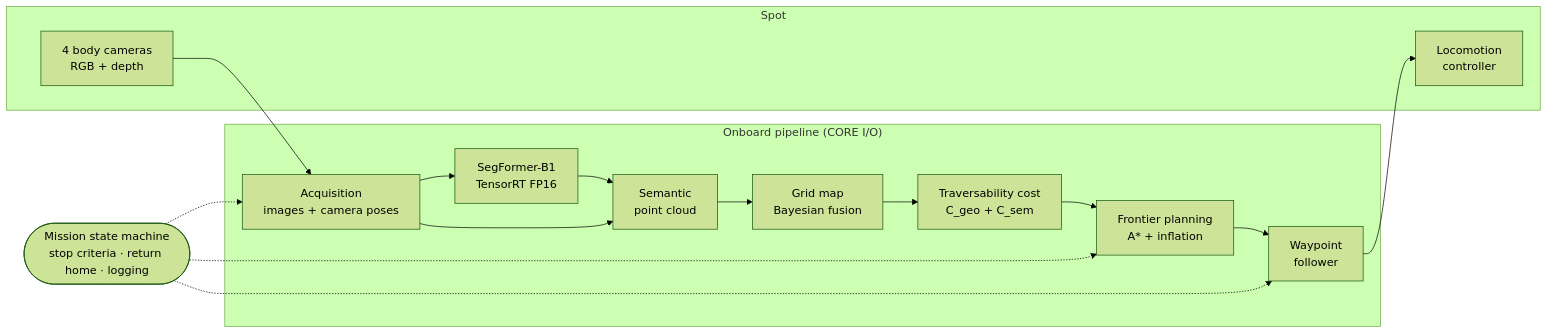
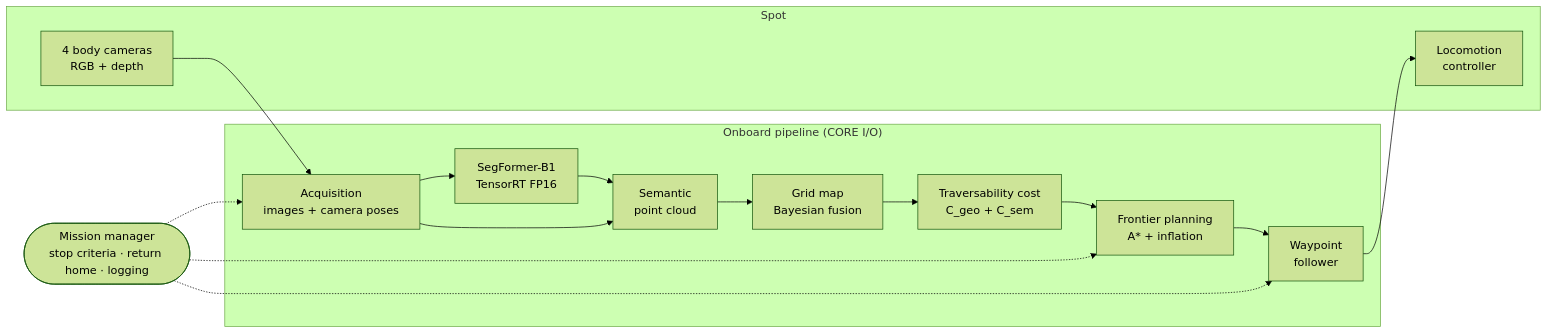
Before and after one commit to digesaremarco/Forest_Semantic_Navigation: the diagram in README.md, drawn with Mermaid (forest theme). The commit also changed other lines of this file and 6 other files, not shown here.

````diff
--- a/README.md
+++ b/README.md
@@ -44,25 +83,25 @@
 ```mermaid
 flowchart LR
     subgraph Robot["Spot"]
         CAM["4 body cameras<br/>RGB + depth"]
         LOC["Locomotion<br/>controller"]
     end
 
     subgraph Pipeline["Onboard pipeline (CORE I/O)"]
         ACQ["Acquisition<br/>images + camera poses"]
         SEG["SegFormer-B1<br/>TensorRT FP16"]
         PC["Semantic<br/>point cloud"]
         MAP["Grid map<br/>Bayesian fusion"]
         COST["Traversability cost<br/>C_geo + C_sem"]
         PLAN["Frontier planning<br/>A* + inflation"]
         NAV["Waypoint<br/>follower"]
     end
 
-    MISSION(["Mission state machine<br/>stop criteria · return home · logging"])
+    MISSION(["Mission manager<br/>stop criteria · return home · logging"])
 
     CAM --> ACQ --> SEG --> PC --> MAP --> COST --> PLAN --> NAV --> LOC
     ACQ --> PC
     MISSION -.-> ACQ
     MISSION -.-> PLAN
     MISSION -.-> NAV
 ```
````
